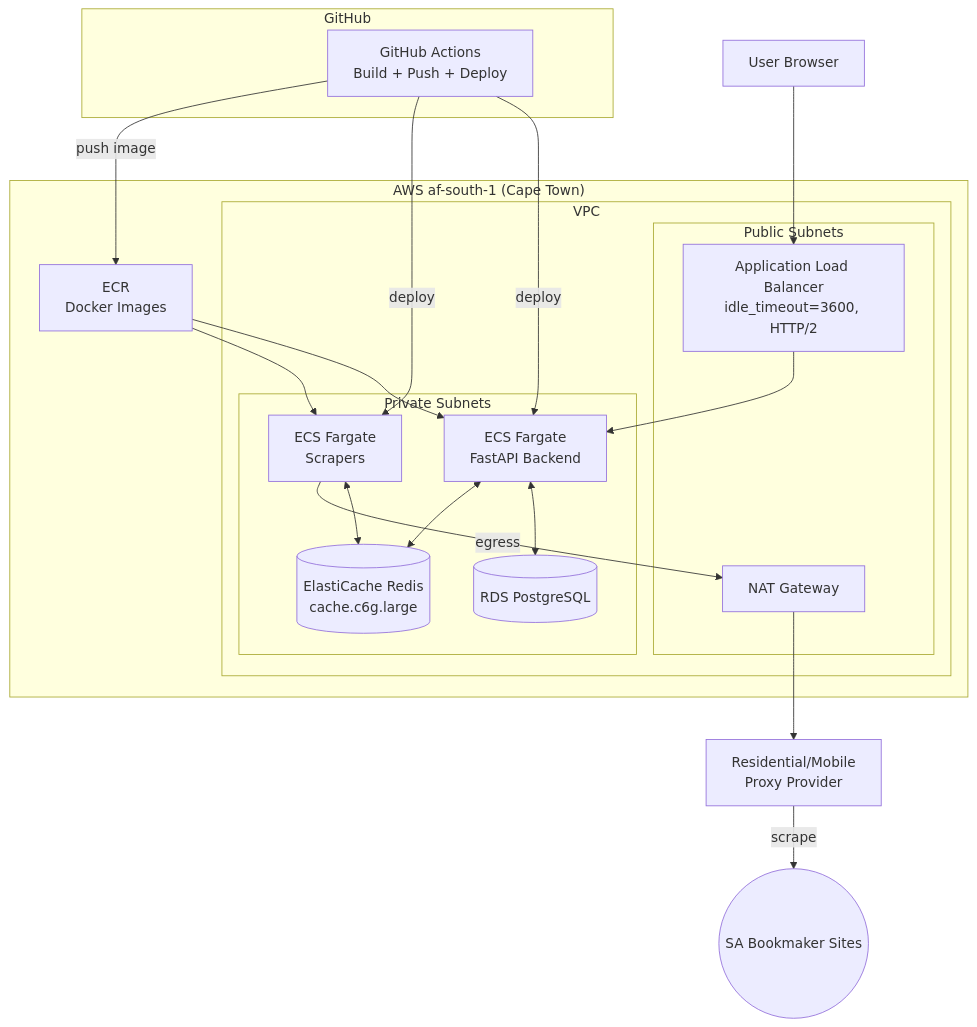
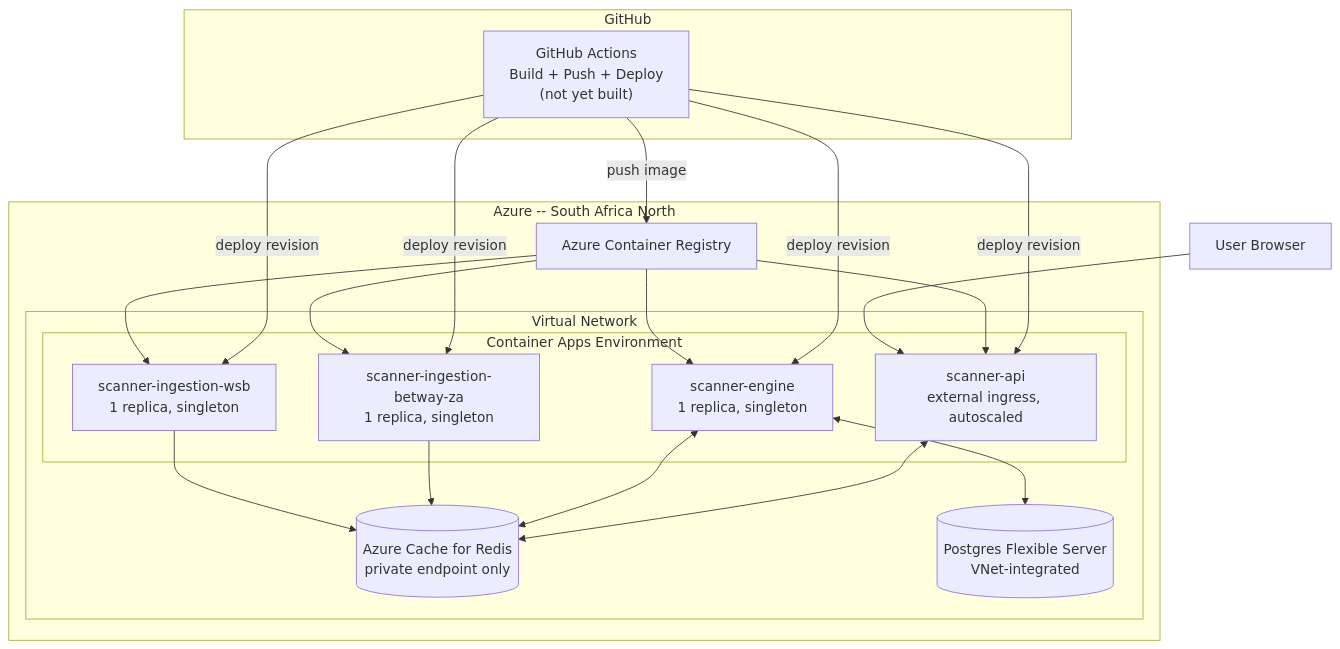
One commit to MadunaCapital/scanner-schemas changed the third of 5 diagrams in docs/architecture-diagrams.md. Above: the diagram before and after it, drawn with Mermaid. The commit also changed other lines of this file and 4 other files, not shown here.

Commit message:
Update docs to reflect reality: add as-built-architecture.md, correct diagrams (Azure not AWS, no evasion tooling used), point original plan/README at it

````diff
--- a/docs/architecture-diagrams.md
+++ b/docs/architecture-diagrams.md
@@ -91,40 +90,35 @@
 ```mermaid
 flowchart TB
     subgraph GH["GitHub"]
-        ACT["GitHub Actions<br/>Build + Push + Deploy"]
+        ACT["GitHub Actions<br/>Build + Push + Deploy<br/>(not yet built)"]
     end
 
-    subgraph AWS["AWS af-south-1 (Cape Town)"]
-        subgraph VPC["VPC"]
-            subgraph Public["Public Subnets"]
-                NAT[NAT Gateway]
-                ALB["Application Load Balancer<br/>idle_timeout=3600, HTTP/2"]
+    subgraph Azure["Azure -- South Africa North"]
+        subgraph VNet["Virtual Network"]
+            subgraph CAEnv["Container Apps Environment"]
+                CA1["scanner-api<br/>external ingress, autoscaled"]
+                CA2["scanner-engine<br/>1 replica, singleton"]
+                CA3["scanner-ingestion-betway-za<br/>1 replica, singleton"]
+                CA4["scanner-ingestion-wsb<br/>1 replica, singleton"]
             end
-            subgraph Private["Private Subnets"]
-                ECS1["ECS Fargate<br/>Scrapers"]
-                ECS2["ECS Fargate<br/>FastAPI Backend"]
-                REDIS[("ElastiCache Redis<br/>cache.c6g.large")]
-                RDS[("RDS PostgreSQL")]
-            end
+            REDIS[("Azure Cache for Redis<br/>private endpoint only")]
+            PG[("Postgres Flexible Server<br/>VNet-integrated")]
         end
-        ECR["ECR<br/>Docker Images"]
+        ACR["Azure Container Registry"]
     end
 
-    PROXY["Residential/Mobile<br/>Proxy Provider"]
-    INTERNET(("SA Bookmaker Sites"))
     USERBROWSER["User Browser"]
 
-    ACT -->|push image| ECR
-    ACT -->|deploy| ECS1
-    ACT -->|deploy| ECS2
-    ECR --> ECS1
-    ECR --> ECS2
-    ECS1 -->|egress| NAT
-    NAT --> PROXY
-    PROXY -->|scrape| INTERNET
-    ECS1 <--> REDIS
-    ECS2 <--> REDIS
-    ECS2 <--> RDS
-    ALB --> ECS2
-    USERBROWSER --> ALB
+    ACT -->|push image| ACR
+    ACT -->|deploy revision| CA1
+    ACT -->|deploy revision| CA2
+    ACT -->|deploy revision| CA3
+    ACT -->|deploy revision| CA4
+    ACR --> CA1 & CA2 & CA3 & CA4
+    CA1 <--> REDIS
+    CA2 <--> REDIS
+    CA3 --> REDIS
+    CA4 --> REDIS
+    CA2 <--> PG
+    USERBROWSER --> CA1
 ```
````
